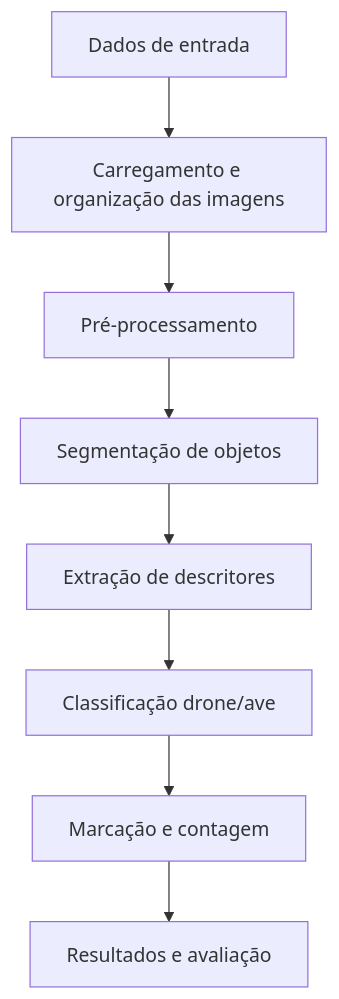
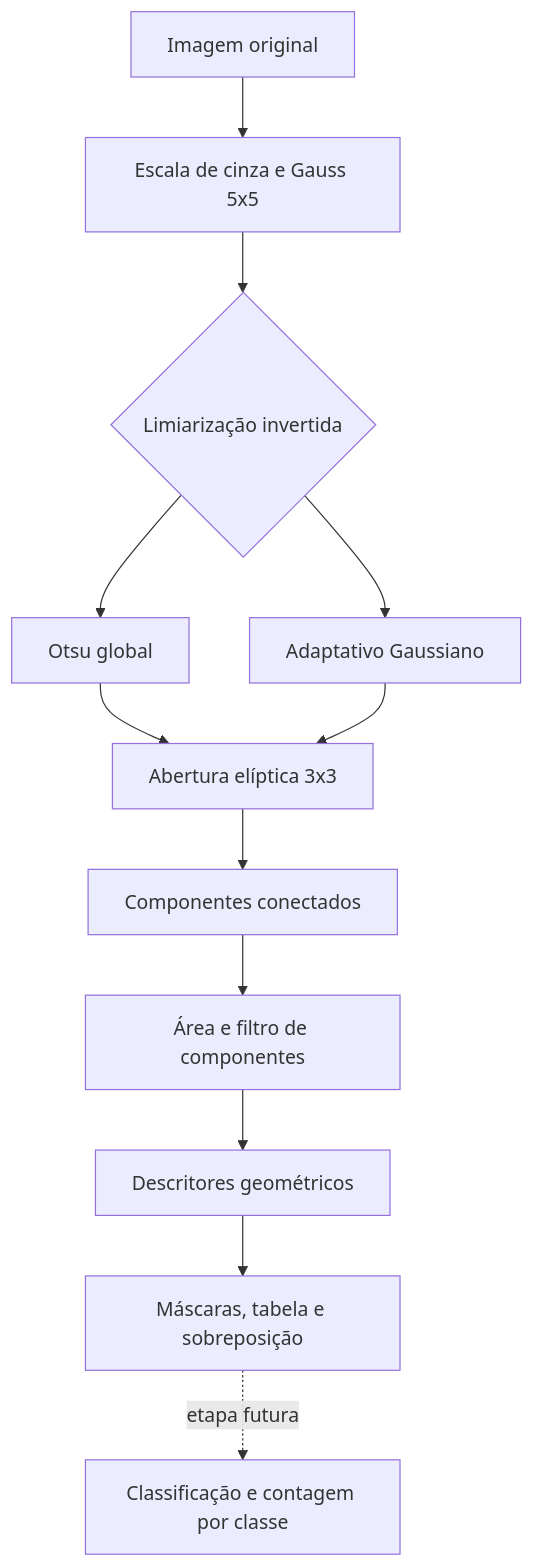
One commit to sodasil/projeto-aplicado-longitudinal changed the second of 2 diagrams in docs/proposta.md. Above: the diagram before and after it, drawn with Mermaid. The commit also changed other lines of this file and 40 other files, not shown here.

Commit message:
etapa 2 do projeto de processamento de imagens.

````diff
--- a/docs/proposta.md
+++ b/docs/proposta.md
@@ -138,10 +179,14 @@
 ```mermaid
 flowchart TD
-    A[Dados de entrada] --> B[Carregamento e organização das imagens]
-    B --> C[Pré-processamento]
-    C --> D[Segmentação de objetos]
-    D --> E[Extração de descritores]
-    E --> F[Classificação drone/ave]
-    F --> G[Marcação e contagem]
-    G --> H[Resultados e avaliação]
+    A[Imagem original] --> B[Escala de cinza e Gauss 5x5]
+    B --> C{Limiarização invertida}
+    C --> D[Otsu global]
+    C --> E[Adaptativo Gaussiano]
+    D --> F[Abertura elíptica 3x3]
+    E --> F
+    F --> G[Componentes conectados]
+    G --> H[Área e filtro de componentes]
+    H --> I[Descritores geométricos]
+    I --> J[Máscaras, tabela e sobreposição]
+    J -. etapa futura .-> K[Classificação e contagem por classe]
 ```
````
